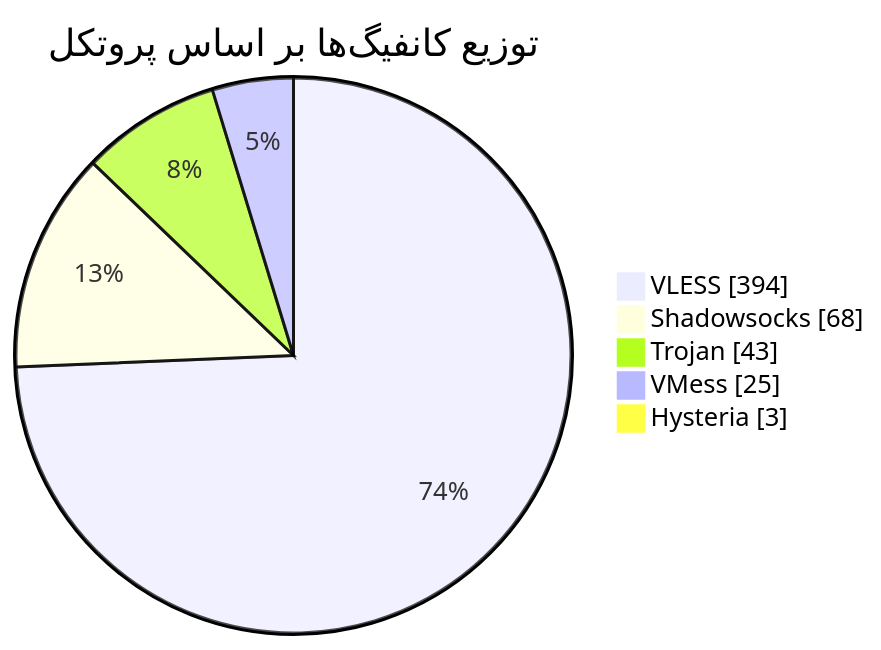
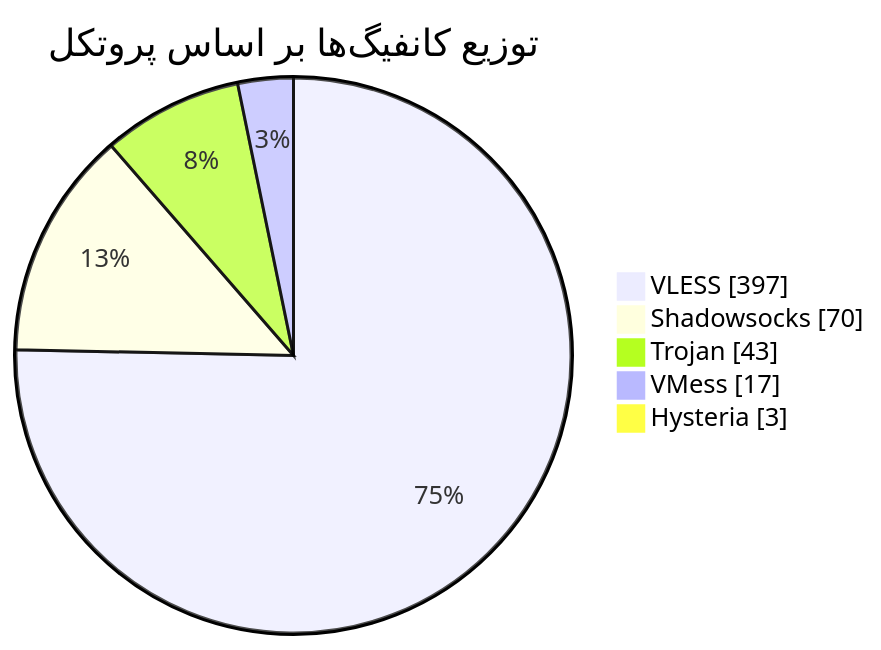
The diagram in README.md (Arian-Alijani/Somthing), drawn with Mermaid before and after one commit. The commit also changed other lines of this file and 75 other files, not shown here.

````diff
--- a/README.md
+++ b/README.md
@@ -47,9 +47,9 @@
 ```mermaid
 pie showData
     title توزیع کانفیگ‌ها بر اساس پروتکل
-    "VLESS" : 394
-    "Shadowsocks" : 68
+    "VLESS" : 397
+    "Shadowsocks" : 70
     "Trojan" : 43
-    "VMess" : 25
+    "VMess" : 17
     "Hysteria" : 3
 ```
````
